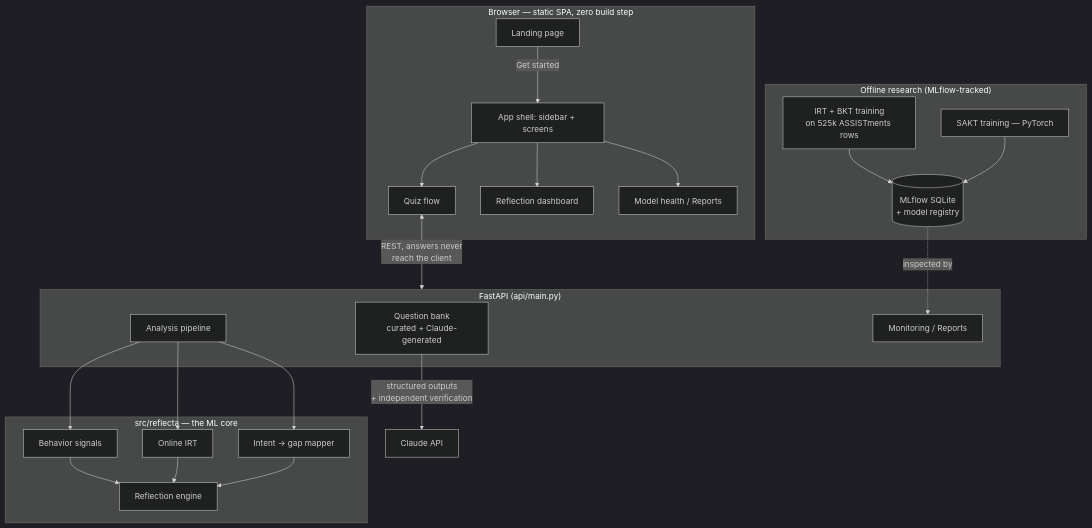
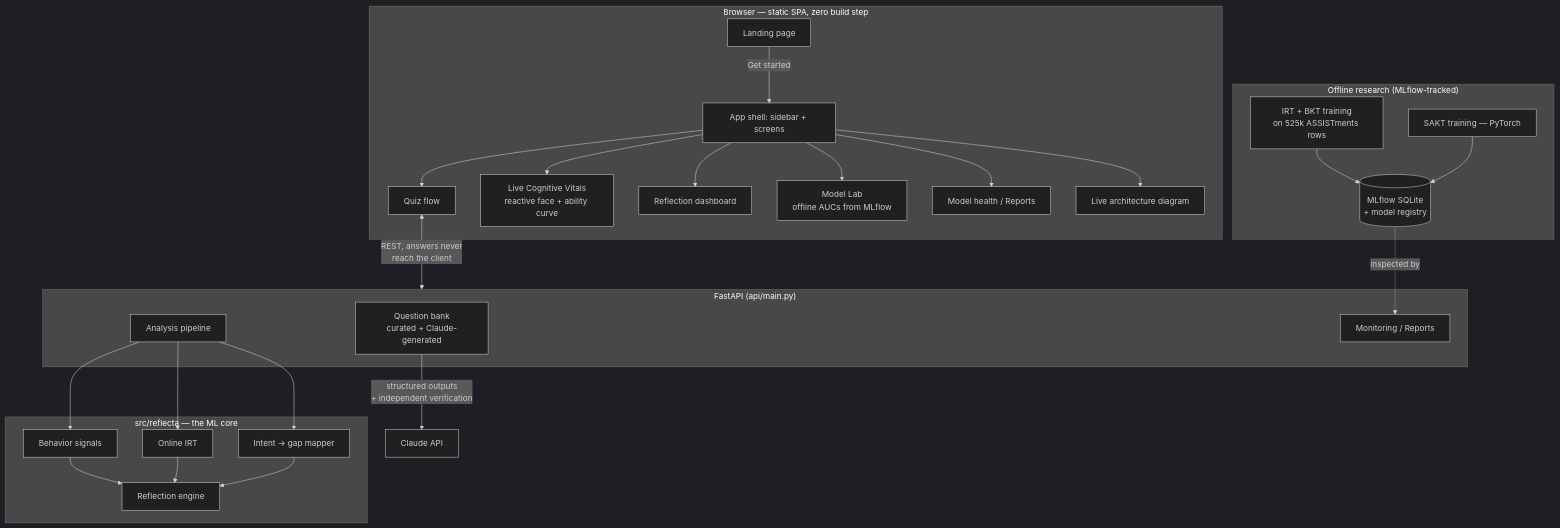
The fifth of 6 diagrams in docs/STORY.md (1mystic/reflecta), drawn with Mermaid (dark theme) before and after one commit. The commit also changed other lines of this file and 3 other files, not shown here.

````diff
--- a/docs/STORY.md
+++ b/docs/STORY.md
@@ -161,34 +173,37 @@
 ```mermaid
 flowchart TB
     subgraph Client["Browser — static SPA, zero build step"]
         Landing[Landing page] -->|Get started| Shell[App shell: sidebar + screens]
         Shell --> Quiz[Quiz flow]
+        Shell --> Vitals[Live Cognitive Vitals<br/>reactive face + ability curve]
         Shell --> Results[Reflection dashboard]
+        Shell --> Lab[Model Lab<br/>offline AUCs from MLflow]
         Shell --> Reports[Model health / Reports]
+        Shell --> Arch[Live architecture diagram]
     end
 
     subgraph API["FastAPI (api/main.py)"]
         Bank[Question bank<br/>curated + Claude-generated]
         Analysis[Analysis pipeline]
         Mon[Monitoring / Reports]
     end
 
     subgraph Core["src/reflecta — the ML core"]
         Behavior[Behavior signals]
         OIRT[Online IRT]
         Gap[Intent -> gap mapper]
         Reflect[Reflection engine]
     end
 
     subgraph Offline["Offline research (MLflow-tracked)"]
         Pipe[IRT + BKT training<br/>on 525k ASSISTments rows]
         SaktT[SAKT training — PyTorch]
         MLflow[(MLflow SQLite<br/>+ model registry)]
     end
 
     Quiz <-->|REST, answers never<br/>reach the client| API
     Analysis --> Behavior & OIRT & Gap --> Reflect
     Bank -->|structured outputs<br/>+ independent verification| Claude[Claude API]
     Pipe & SaktT --> MLflow
     MLflow -.->|inspected by| Mon
 ```
````
